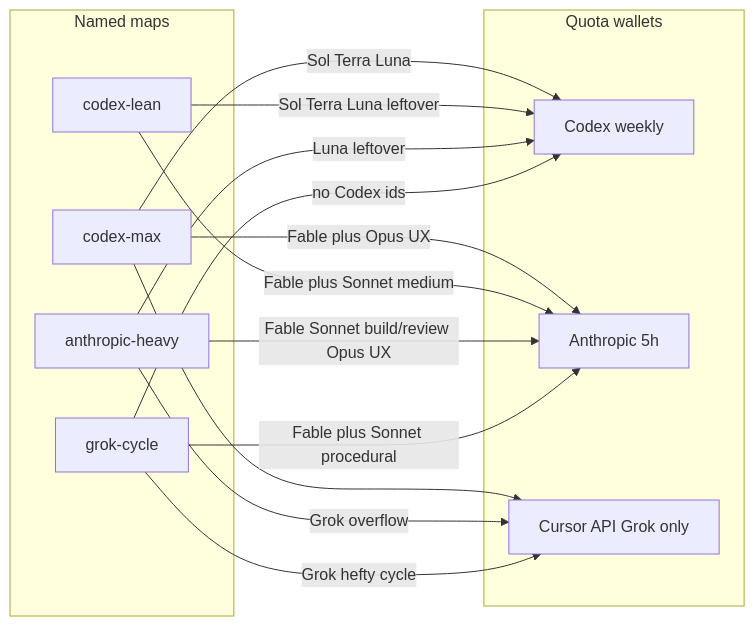
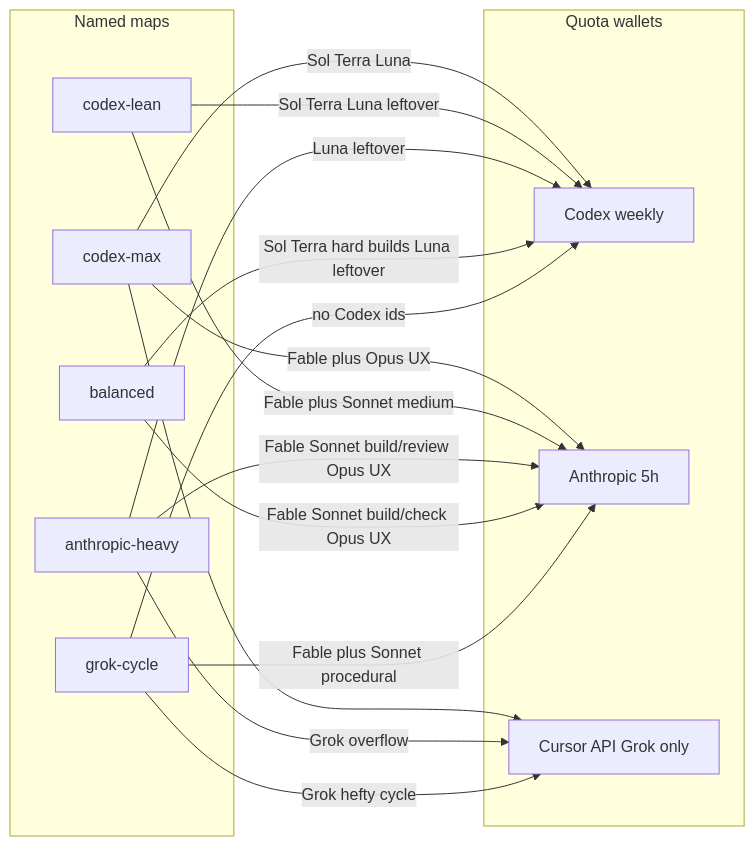
Before and after one commit to nourhelmi/pi-meta-harness: the third of 5 diagrams in docs/intelligence-profiles.md, drawn with Mermaid. The commit also changed other lines of this file and 6 other files, not shown here.

First line of the commit message:
feat(intelligence): add balanced profile — Codex builds hard, Anthropic checks

````diff
--- a/docs/intelligence-profiles.md
+++ b/docs/intelligence-profiles.md
@@ -107,30 +107,34 @@
 ```mermaid
 flowchart LR
   subgraph maps [Named maps]
     CM[codex-max]
     CL[codex-lean]
     AH[anthropic-heavy]
+    BA[balanced]
     GC[grok-cycle]
   end
 
   subgraph spend [Quota wallets]
     Codex[Codex weekly]
     Anth[Anthropic 5h]
     Cursor[Cursor API Grok only]
   end
 
   CM -->|Sol Terra Luna| Codex
   CM -->|Fable plus Opus UX| Anth
   CM --> Cursor
 
   CL -->|Sol Terra Luna leftover| Codex
   CL -->|Fable plus Sonnet medium| Anth
 
   AH -->|Luna leftover| Codex
   AH -->|Fable Sonnet build/review Opus UX| Anth
   AH -->|Grok overflow| Cursor
 
+  BA -->|Sol Terra hard builds Luna leftover| Codex
+  BA -->|Fable Sonnet build/check Opus UX| Anth
+
   GC -->|no Codex ids| Codex
   GC -->|Fable plus Sonnet procedural| Anth
   GC -->|Grok hefty cycle| Cursor
 ```
````
